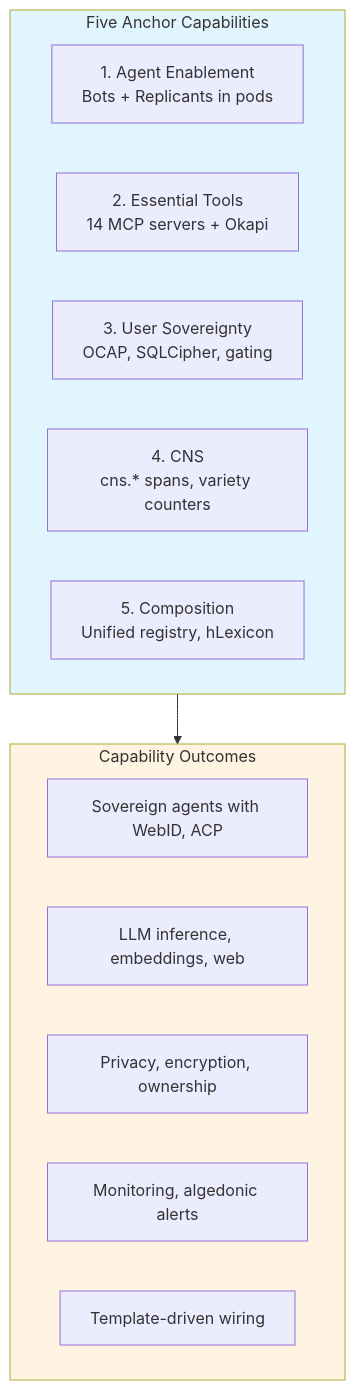
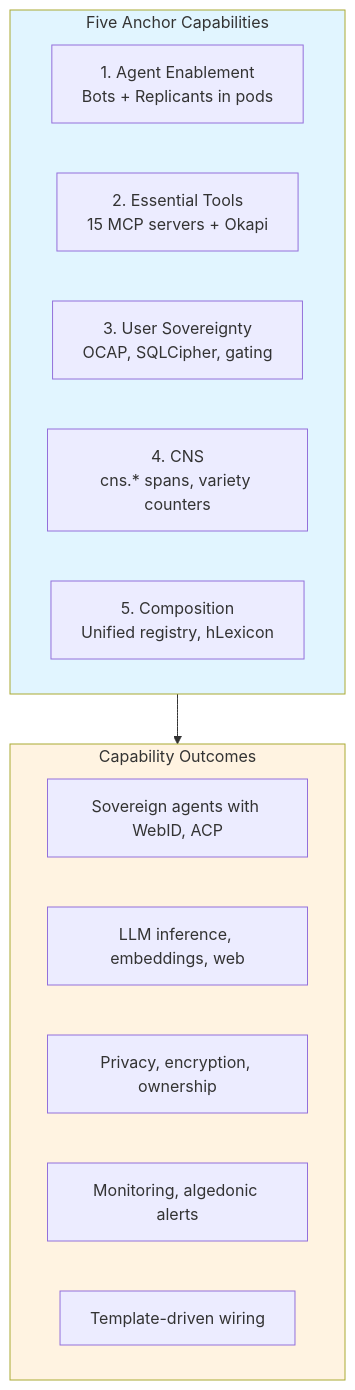
One commit to mdz-axo/hKask changed the first of 2 diagrams in docs/architecture/PRINCIPLES.md. Above: the diagram before and after it, drawn with Mermaid. The commit also changed other lines of this file and 35 other files, not shown here.

````diff
--- a/docs/architecture/PRINCIPLES.md
+++ b/docs/architecture/PRINCIPLES.md
@@ -25,23 +25,23 @@
 ```mermaid
 graph TD
     subgraph Anchors[Five Anchor Capabilities]
         A1[1. Agent Enablement<br/>Bots + Replicants in pods]
-        A2[2. Essential Tools<br/>14 MCP servers + Okapi]
+        A2[2. Essential Tools<br/>15 MCP servers + Okapi]
         A3[3. User Sovereignty<br/>OCAP, SQLCipher, gating]
         A4[4. CNS<br/>cns.* spans, variety counters]
         A5[5. Composition<br/>Unified registry, hLexicon]
     end
     
     subgraph Outcomes[Capability Outcomes]
         O1[Sovereign agents with WebID, ACP]
         O2[LLM inference, embeddings, web]
         O3[Privacy, encryption, ownership]
         O4[Monitoring, algedonic alerts]
         O5[Template-driven wiring]
     end
     
     Anchors --> Outcomes
     
     style Anchors fill:#e1f5ff
     style Outcomes fill:#fff3e1
 ```
````
